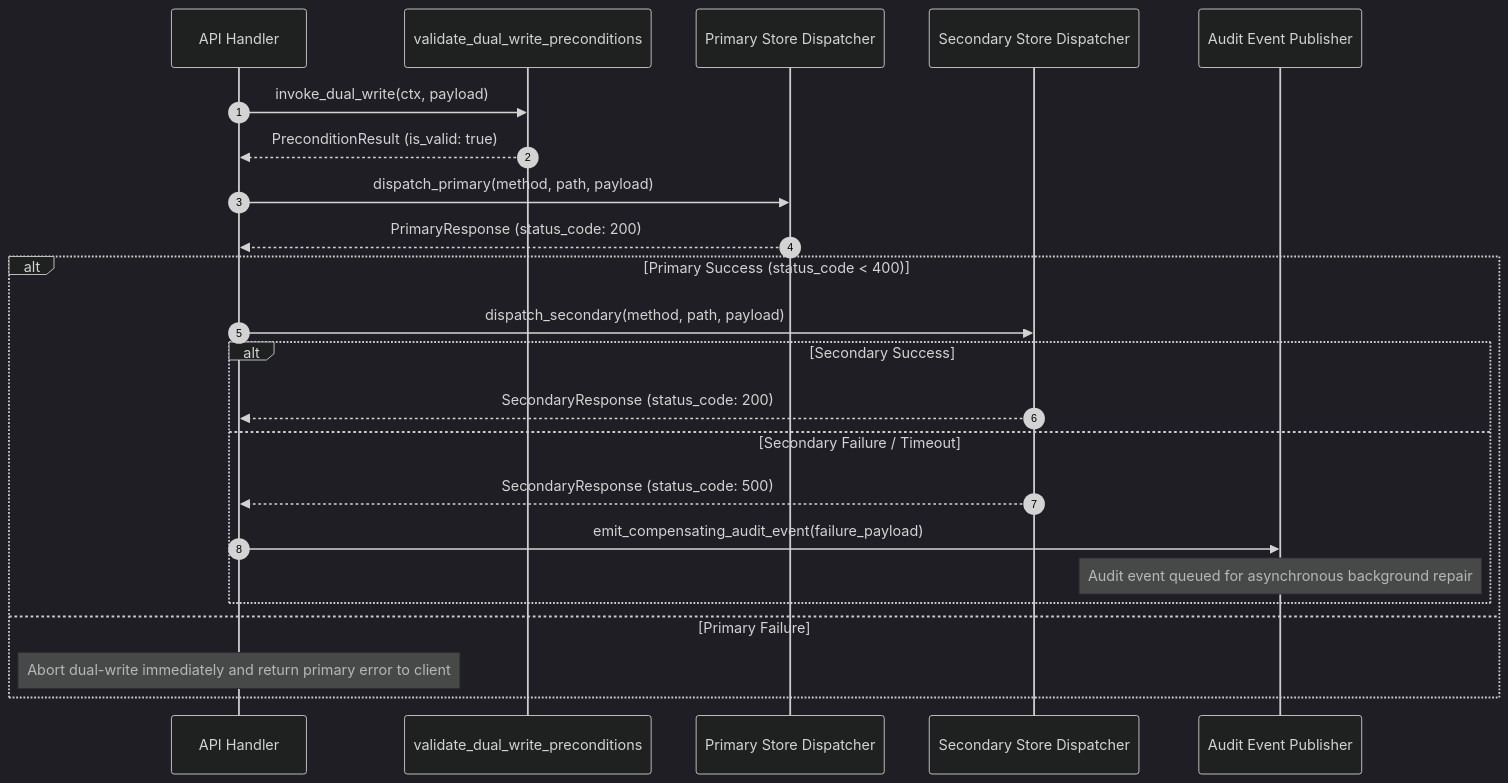
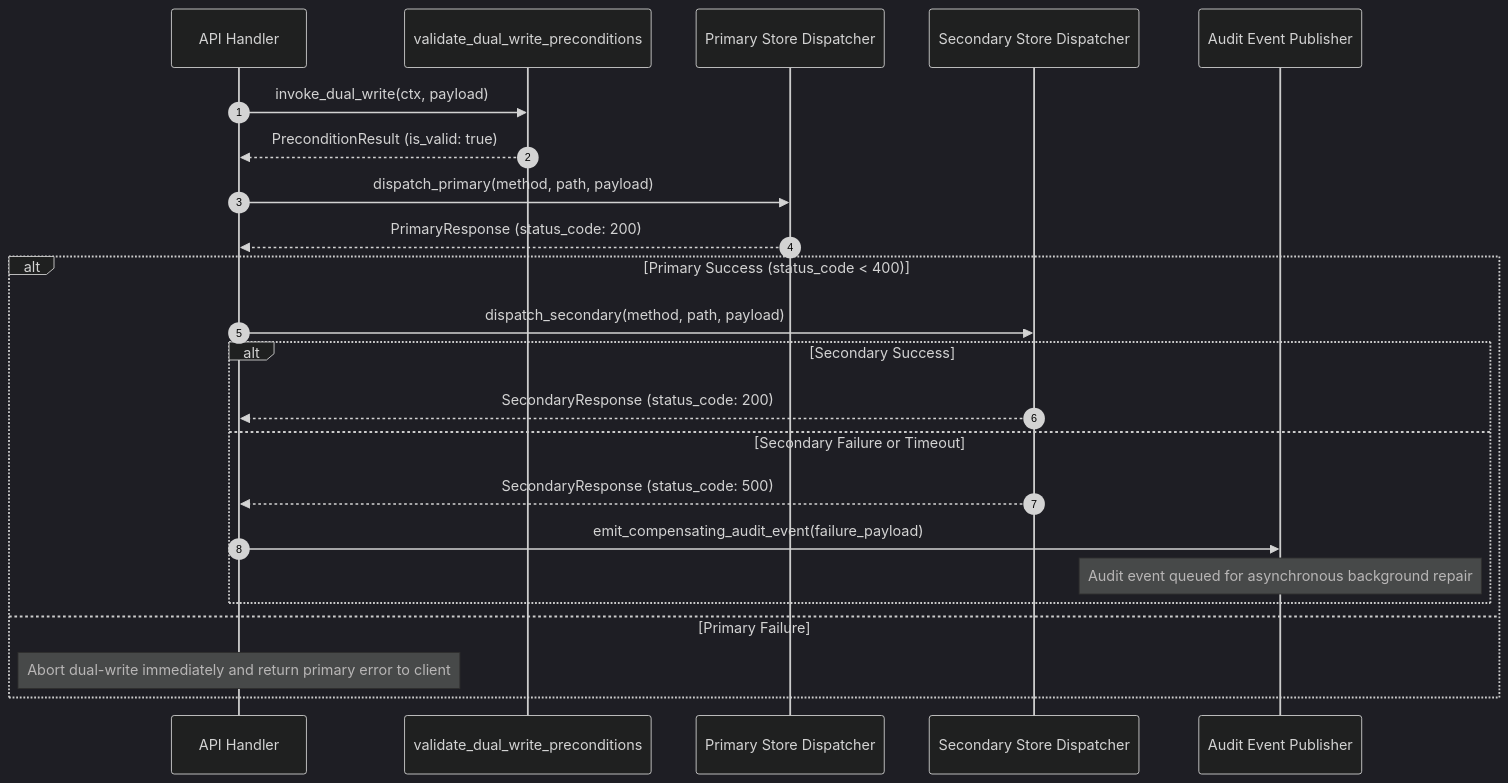
The second of 2 diagrams in notebooks/runbooks/refs/09-migration-bridges-and-sync/dual-write-bridge.md (Chief-Strategist-J/llm-observability-platform), drawn with Mermaid (dark theme) before and after one commit. The commit also changed 52 other files, not shown here.

Commit message:
fix(docs): resolve all Mermaid diagram syntax errors across runbook suite

````diff
--- a/notebooks/runbooks/refs/09-migration-bridges-and-sync/dual-write-bridge.md
+++ b/notebooks/runbooks/refs/09-migration-bridges-and-sync/dual-write-bridge.md
@@ -64,29 +64,29 @@
 ```mermaid
 sequenceDiagram
     autonumber
     participant Client as API Handler
     participant Checker as validate_dual_write_preconditions
     participant Primary as Primary Store Dispatcher
     participant Secondary as Secondary Store Dispatcher
     participant Kafka as Audit Event Publisher
 
     Client->>Checker: invoke_dual_write(ctx, payload)
     Checker-->>Client: PreconditionResult (is_valid: true)
 
     Client->>Primary: dispatch_primary(method, path, payload)
     Primary-->>Client: PrimaryResponse (status_code: 200)
 
     alt Primary Success (status_code < 400)
         Client->>Secondary: dispatch_secondary(method, path, payload)
         
         alt Secondary Success
             Secondary-->>Client: SecondaryResponse (status_code: 200)
-        else Secondary Failure / Timeout
+        else Secondary Failure or Timeout
             Secondary-->>Client: SecondaryResponse (status_code: 500)
             Client->>Kafka: emit_compensating_audit_event(failure_payload)
             Note over Kafka: Audit event queued for asynchronous background repair
         end
     else Primary Failure
         Note over Client: Abort dual-write immediately and return primary error to client
     end
 ```
````
